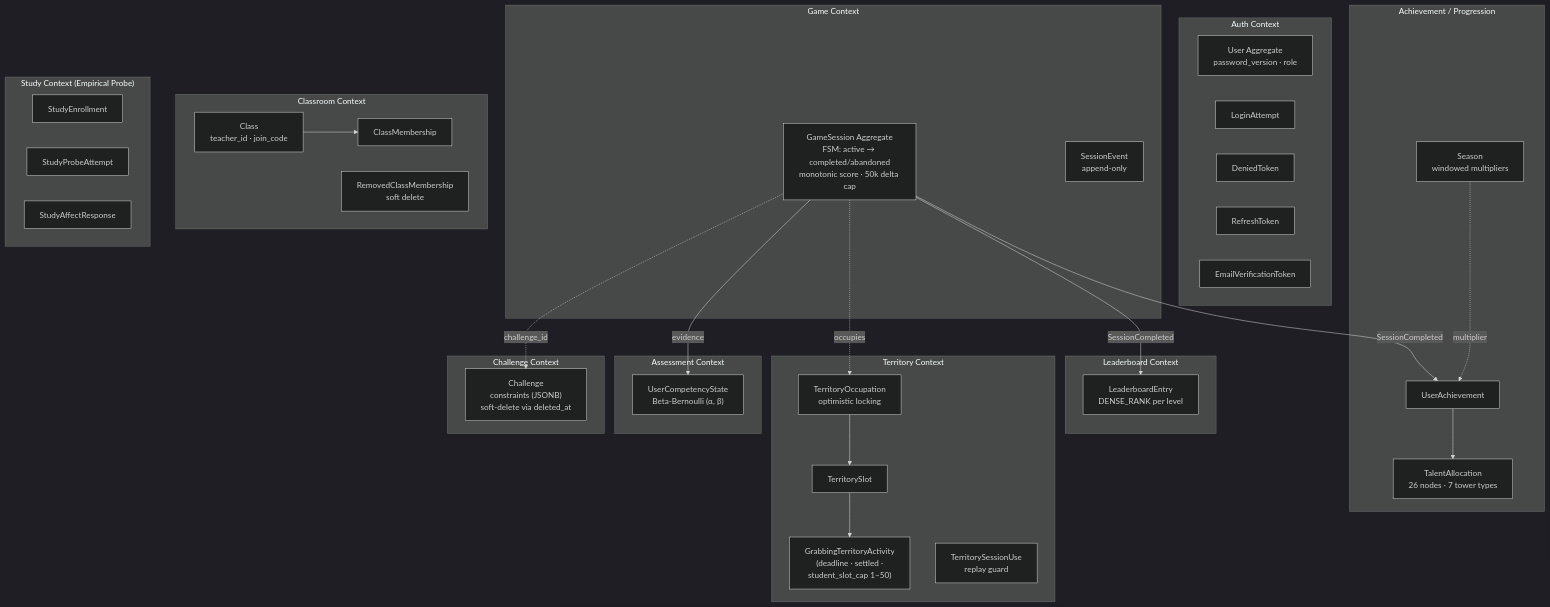
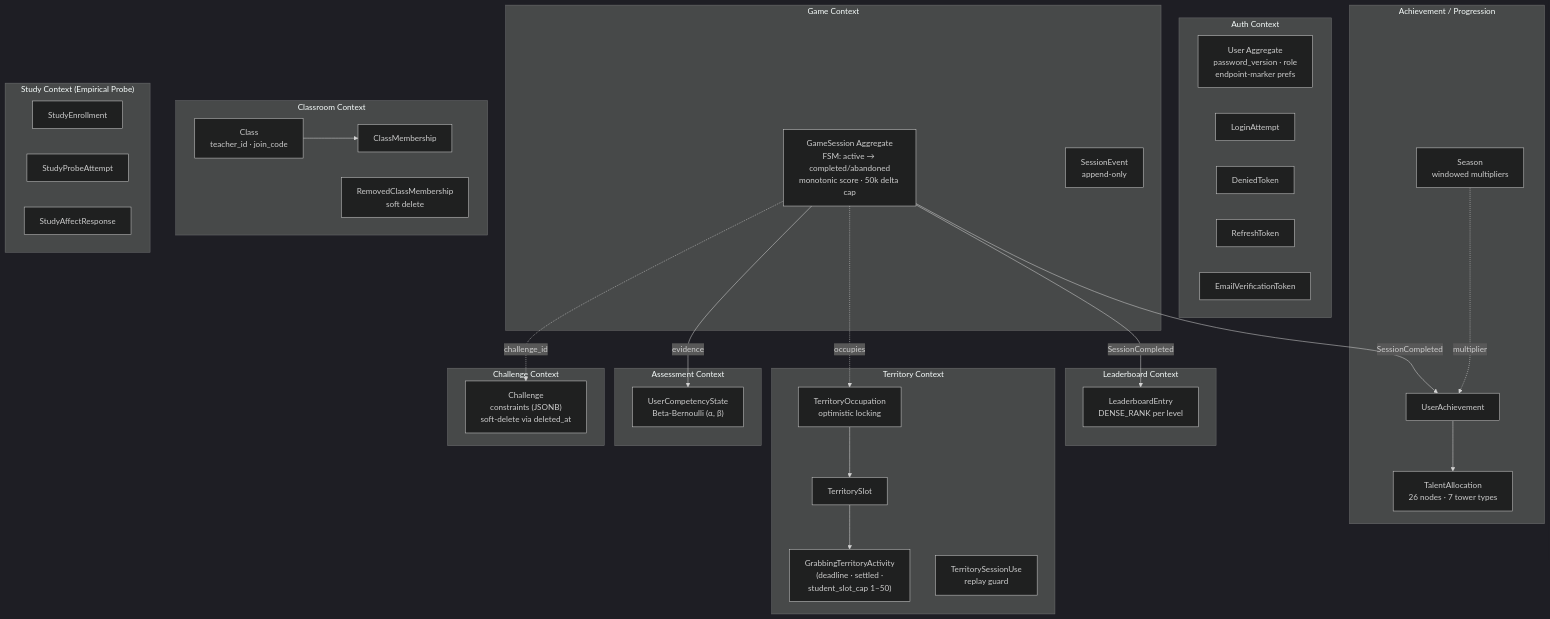
One commit to 2026-NTNU-Computer-Programming-II-POLS/Math-Defense changed the third of 10 diagrams in ARCHITECTURE.md. Above: the diagram before and after it, drawn with Mermaid (dark theme). The commit also changed other lines of this file and 6 other files, not shown here.

````diff
--- a/ARCHITECTURE.md
+++ b/ARCHITECTURE.md
@@ -181,62 +181,62 @@
 ```mermaid
 flowchart TB
     subgraph Auth["Auth Context"]
-        U[User Aggregate<br/>password_version · role]
+        U[User Aggregate<br/>password_version · role<br/>endpoint-marker prefs]
         LA[LoginAttempt]
         DT[DeniedToken]
         RT[RefreshToken]
         EV[EmailVerificationToken]
     end
 
     subgraph Game["Game Context"]
         GS["GameSession Aggregate<br/>FSM: active → completed/abandoned<br/>monotonic score · 50k delta cap"]
         SE[SessionEvent<br/>append-only]
     end
 
     subgraph Lb["Leaderboard Context"]
         LE[LeaderboardEntry<br/>DENSE_RANK per level]
     end
 
     subgraph Ach["Achievement / Progression"]
         UA[UserAchievement]
         TA[TalentAllocation<br/>26 nodes · 7 tower types]
         SE2[Season<br/>windowed multipliers]
     end
 
     subgraph Class["Classroom Context"]
         C[Class<br/>teacher_id · join_code]
         CM[ClassMembership]
         RCM[RemovedClassMembership<br/>soft delete]
     end
 
     subgraph Terr["Territory Context"]
         GTA["GrabbingTerritoryActivity<br/>(deadline · settled ·<br/>student_slot_cap 1–50)"]
         TS[TerritorySlot]
         TO[TerritoryOccupation<br/>optimistic locking]
         TSU[TerritorySessionUse<br/>replay guard]
     end
 
     subgraph Assess["Assessment Context"]
         UCS["UserCompetencyState<br/>Beta-Bernoulli (α, β)"]
     end
 
     subgraph Study["Study Context (Empirical Probe)"]
         SEN[StudyEnrollment]
         SPA[StudyProbeAttempt]
         SAR[StudyAffectResponse]
     end
 
     subgraph Chal["Challenge Context"]
         CH["Challenge<br/>constraints (JSONB)<br/>soft-delete via deleted_at"]
     end
 
     GS -- SessionCompleted --> LE
     GS -- SessionCompleted --> UA
     UA --> TA
     SE2 -. multiplier .-> UA
     GS -- evidence --> UCS
     GS -. occupies .-> TO
     TO --> TS --> GTA
     C --> CM
     GS -. challenge_id .-> CH
 ```
````
